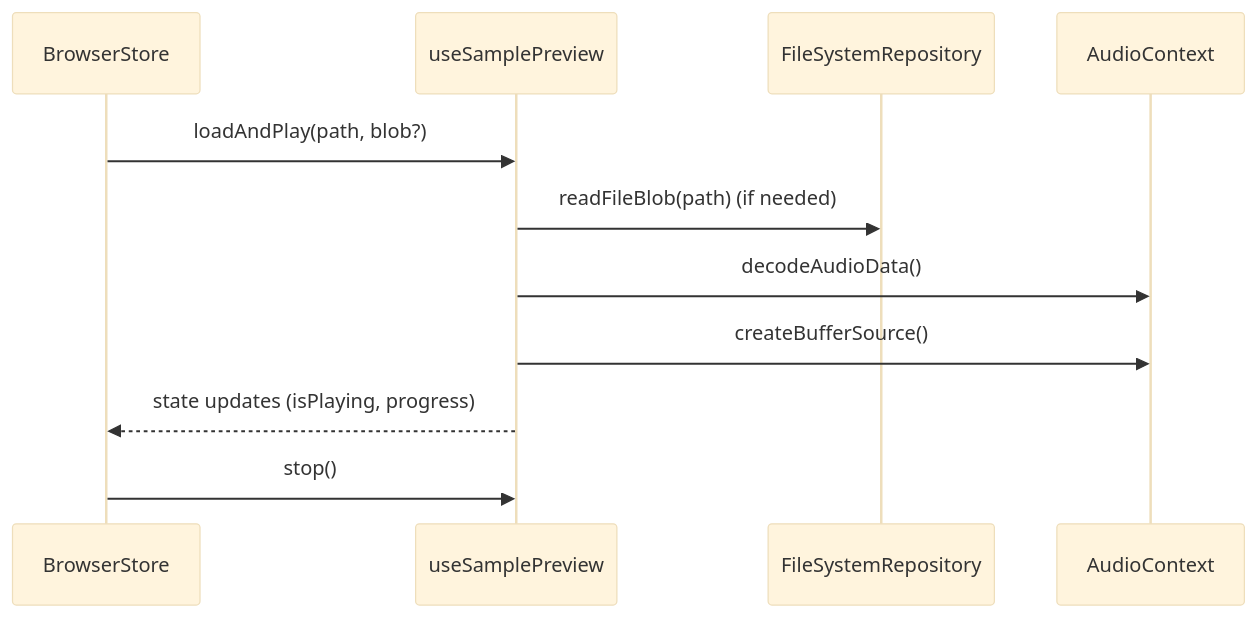
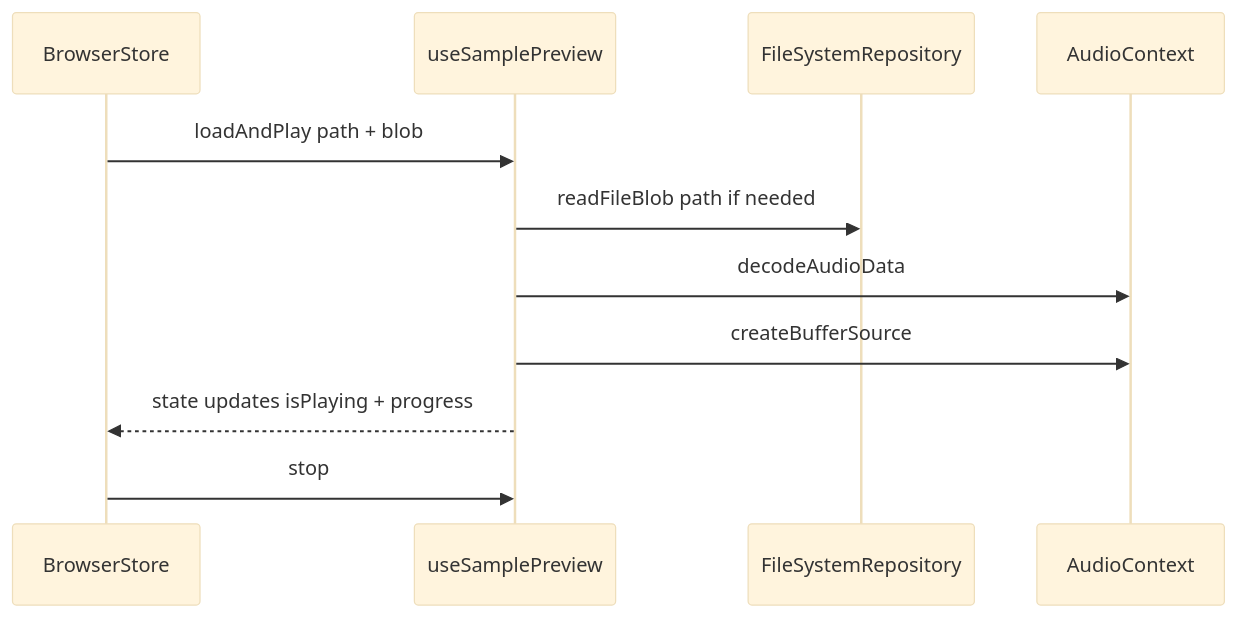
The diagram in diagrams/sample-preview.md (MarkusTratschitt/Drumcomputer), drawn with Mermaid (base theme) before and after one commit. The commit also changed 9 other files, not shown here.

Commit message:
feat: update mermaid diagrams for improved clarity and consistency in function calls

````diff
--- a/diagrams/sample-preview.md
+++ b/diagrams/sample-preview.md
@@ -3,14 +3,14 @@
 ```mermaid
 sequenceDiagram
     participant Browser as BrowserStore
     participant Preview as useSamplePreview
     participant FS as FileSystemRepository
     participant Audio as AudioContext
 
-    Browser->>Preview: loadAndPlay(path, blob?)
-    Preview->>FS: readFileBlob(path) (if needed)
-    Preview->>Audio: decodeAudioData()
-    Preview->>Audio: createBufferSource()
-    Preview-->>Browser: state updates (isPlaying, progress)
-    Browser->>Preview: stop()
+    Browser->>Preview: loadAndPlay path + blob
+    Preview->>FS: readFileBlob path if needed
+    Preview->>Audio: decodeAudioData
+    Preview->>Audio: createBufferSource
+    Preview-->>Browser: state updates isPlaying + progress
+    Browser->>Preview: stop
 ```
````
